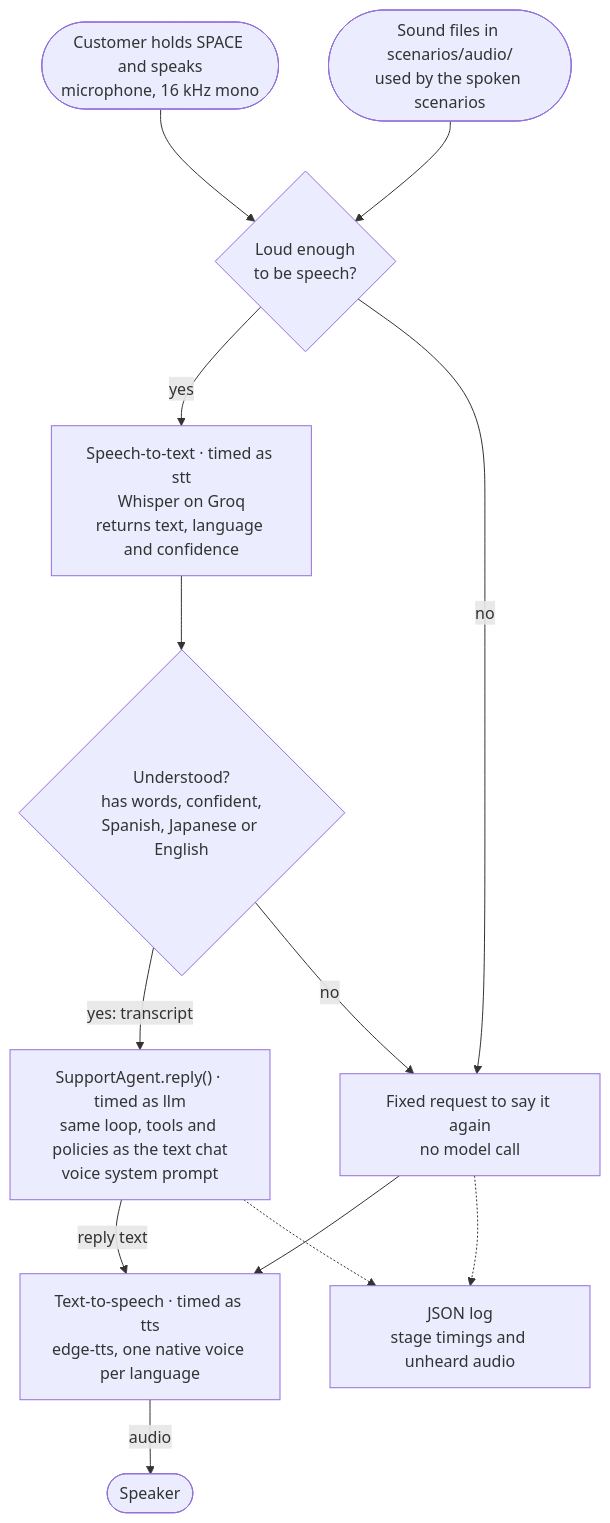
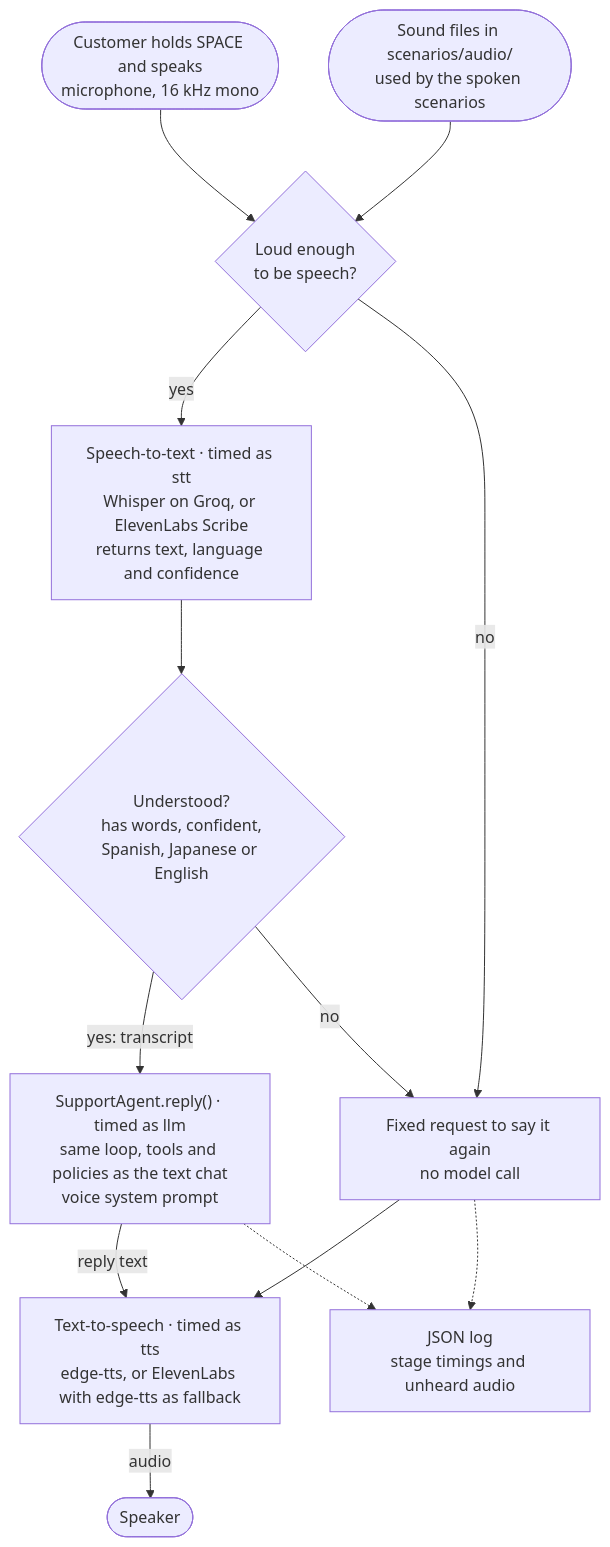
One commit to yuurakachi/multilingual-support-agent changed the third of 3 diagrams in README.md. Above: the diagram before and after it, drawn with Mermaid. The commit also changed other lines of this file, not shown here.

First line of the commit message:
docs: describe ElevenLabs everywhere the README names the voice providers

````diff
--- a/README.md
+++ b/README.md
@@ -213,26 +213,26 @@
 ```mermaid
 flowchart TD
     mic(["Customer holds SPACE and speaks<br/>microphone, 16 kHz mono"])
     files(["Sound files in scenarios/audio/<br/>used by the spoken scenarios"])
     loud{"Loud enough<br/>to be speech?"}
-    stt["Speech-to-text · timed as stt<br/>Whisper on Groq<br/>returns text, language and confidence"]
+    stt["Speech-to-text · timed as stt<br/>Whisper on Groq, or ElevenLabs Scribe<br/>returns text, language and confidence"]
     understood{"Understood?<br/>has words, confident,<br/>Spanish, Japanese or English"}
     agent["SupportAgent.reply() · timed as llm<br/>same loop, tools and policies as the text chat<br/>voice system prompt"]
-    tts["Text-to-speech · timed as tts<br/>edge-tts, one native voice per language"]
+    tts["Text-to-speech · timed as tts<br/>edge-tts, or ElevenLabs with edge-tts as fallback"]
     repeat["Fixed request to say it again<br/>no model call"]
     speaker(["Speaker"])
     log["JSON log<br/>stage timings and unheard audio"]
 
     mic --> loud
     files --> loud
     loud -->|yes| stt
     loud -->|no| repeat
     stt --> understood
     understood -->|"yes: transcript"| agent
     understood -->|no| repeat
     agent -->|reply text| tts
     repeat --> tts
     tts -->|audio| speaker
     agent -.-> log
     repeat -.-> log
 ```
````
